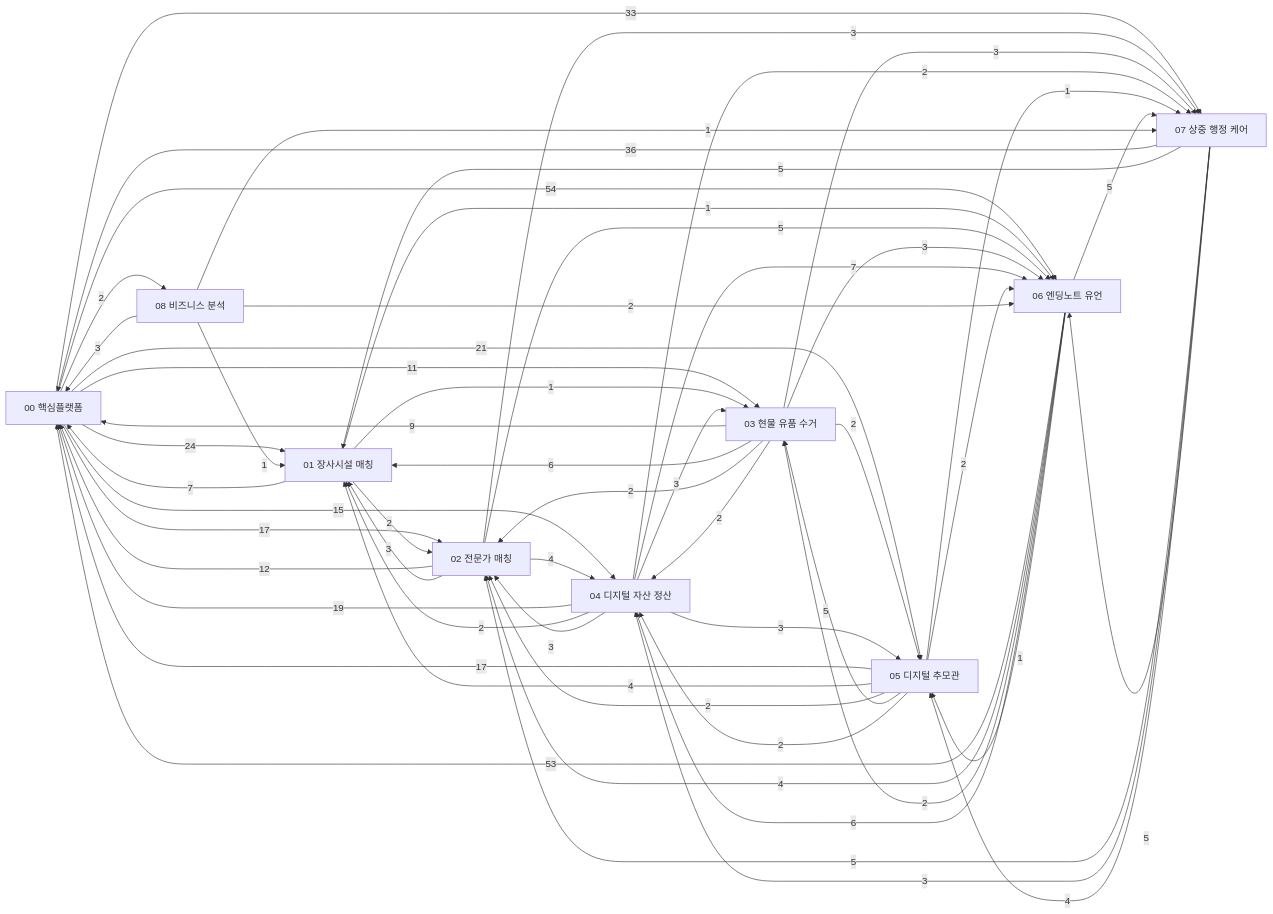
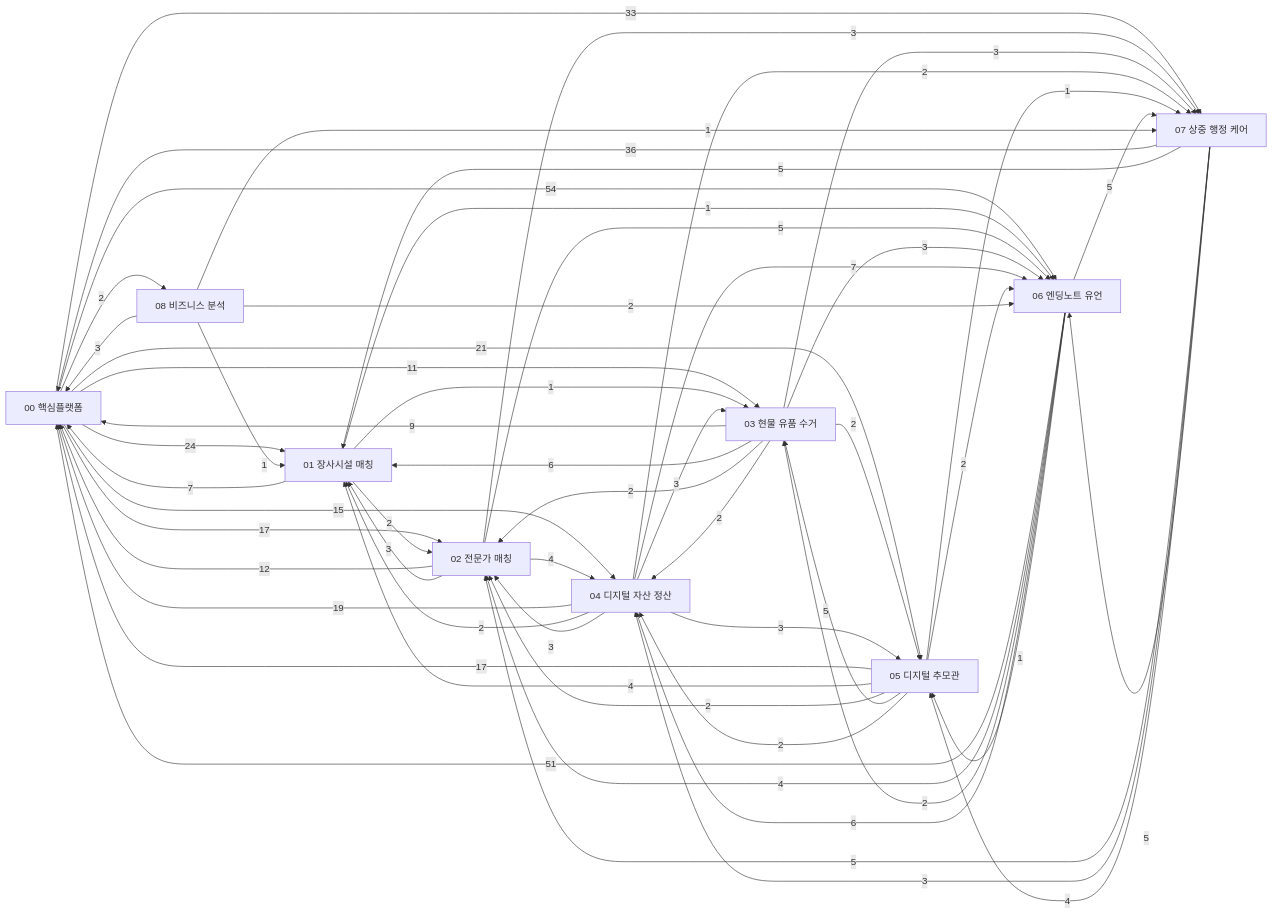
Before and after one commit to Hyunews/Eobom: the diagram in docs/00_DOCS_INDEX.md, drawn with Mermaid. The commit also changed other lines of this file and 66 other files, not shown here.

````diff
--- a/docs/00_DOCS_INDEX.md
+++ b/docs/00_DOCS_INDEX.md
@@ -67,66 +67,66 @@
 ```mermaid
 flowchart LR
   D00["00 핵심플랫폼"]
   D01["01 장사시설 매칭"]
   D02["02 전문가 매칭"]
   D03["03 현물 유품 수거"]
   D04["04 디지털 자산 정산"]
   D05["05 디지털 추모관"]
   D06["06 엔딩노트 유언"]
   D07["07 상중 행정 케어"]
   D08["08 비즈니스 분석"]
   D00 -->|24| D01
   D00 -->|17| D02
   D00 -->|11| D03
   D00 -->|15| D04
   D00 -->|21| D05
   D00 -->|54| D06
   D00 -->|33| D07
   D00 -->|2| D08
   D01 -->|7| D00
   D01 -->|2| D02
   D01 -->|1| D03
   D01 -->|1| D06
   D02 -->|12| D00
   D02 -->|3| D01
   D02 -->|4| D04
   D02 -->|5| D06
   D02 -->|3| D07
   D03 -->|9| D00
   D03 -->|6| D01
   D03 -->|2| D02
   D03 -->|2| D04
   D03 -->|2| D05
   D03 -->|3| D06
   D03 -->|3| D07
   D04 -->|19| D00
   D04 -->|2| D01
   D04 -->|3| D02
   D04 -->|3| D03
   D04 -->|3| D05
   D04 -->|7| D06
   D04 -->|2| D07
   D05 -->|17| D00
   D05 -->|4| D01
   D05 -->|2| D02
   D05 -->|5| D03
   D05 -->|2| D04
   D05 -->|2| D06
   D05 -->|1| D07
-  D06 -->|53| D00
+  D06 -->|51| D00
   D06 -->|4| D02
   D06 -->|2| D03
   D06 -->|6| D04
   D06 -->|1| D05
   D06 -->|5| D07
   D07 -->|36| D00
   D07 -->|5| D01
   D07 -->|5| D02
   D07 -->|3| D04
   D07 -->|4| D05
   D07 -->|5| D06
   D08 -->|3| D00
   D08 -->|1| D01
   D08 -->|2| D06
   D08 -->|1| D07
 ```
````
